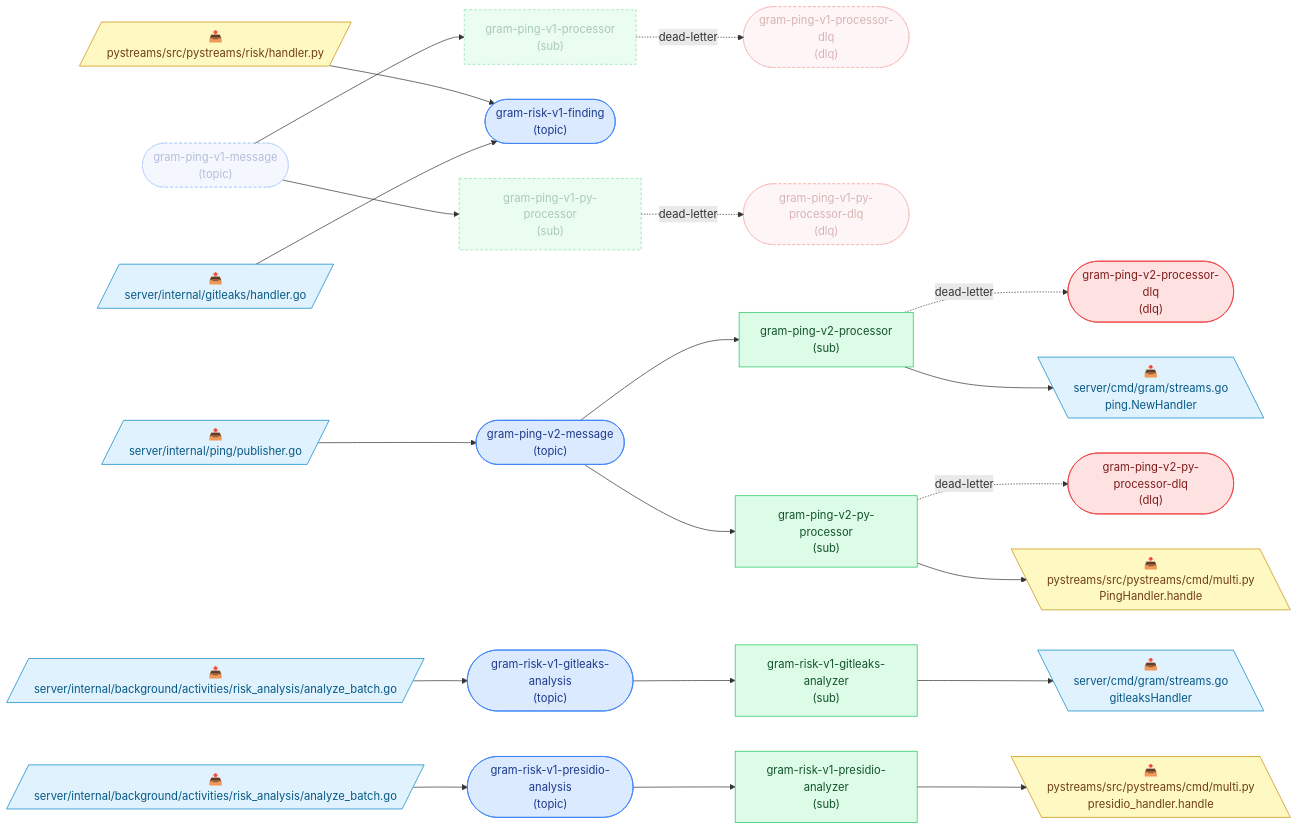
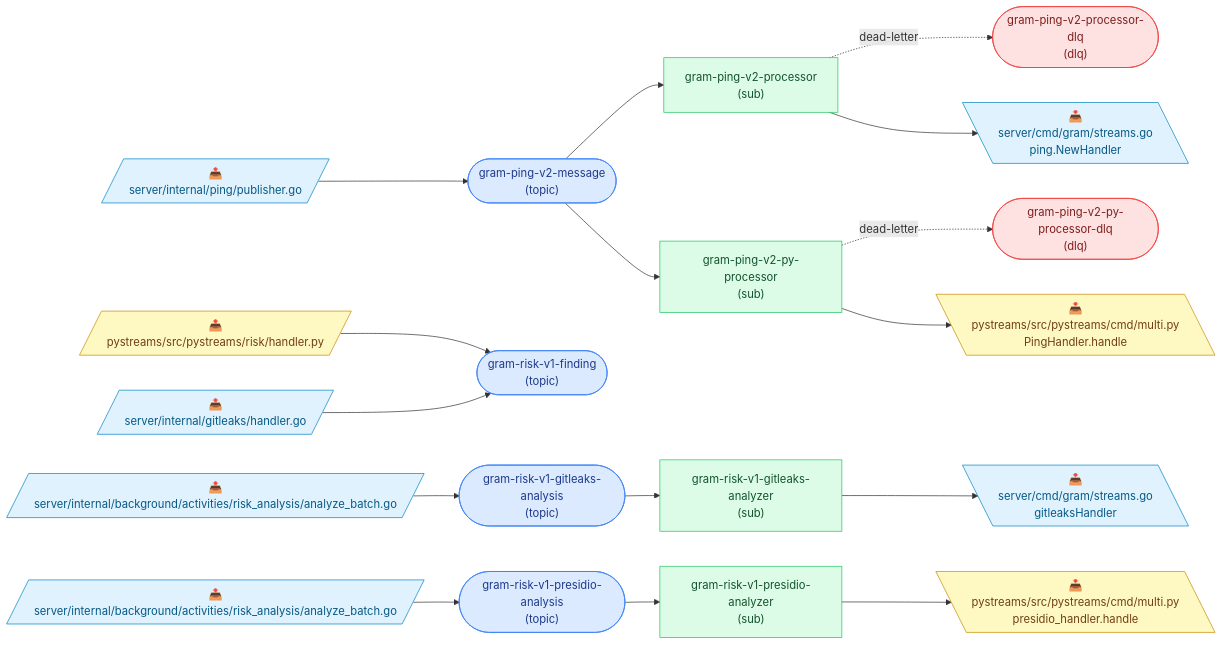
One commit to speakeasy-api/gram changed the diagram in docs/pubsub-topology.md. Above: the diagram before and after it, drawn with Mermaid. The commit also changed other lines of this file and 10 other files, not shown here.

First line of the commit message:
chore(infra): remove deprecated ping v1 pubsub topology

````diff
--- a/docs/pubsub-topology.md
+++ b/docs/pubsub-topology.md
@@ -9,56 +9,45 @@
 ```mermaid
 flowchart LR
   classDef topic fill:#dbeafe,stroke:#3b82f6,color:#1e3a8a;
   classDef dlq fill:#fee2e2,stroke:#ef4444,color:#7f1d1d;
   classDef sub fill:#dcfce7,stroke:#22c55e,color:#14532d;
   classDef go fill:#e0f2fe,stroke:#0284c7,color:#075985;
   classDef python fill:#fef9c3,stroke:#ca8a04,color:#713f12;
   classDef deprecated stroke-dasharray:4 3,opacity:0.55;
 
-  t_gram_ping_v1_message(["gram-ping-v1-message<br/>(topic)"]):::topic
-  t_gram_ping_v1_processor_dlq(["gram-ping-v1-processor-dlq<br/>(dlq)"]):::dlq
-  t_gram_ping_v1_py_processor_dlq(["gram-ping-v1-py-processor-dlq<br/>(dlq)"]):::dlq
   t_gram_ping_v2_message(["gram-ping-v2-message<br/>(topic)"]):::topic
   t_gram_ping_v2_processor_dlq(["gram-ping-v2-processor-dlq<br/>(dlq)"]):::dlq
   t_gram_ping_v2_py_processor_dlq(["gram-ping-v2-py-processor-dlq<br/>(dlq)"]):::dlq
   t_gram_risk_v1_finding(["gram-risk-v1-finding<br/>(topic)"]):::topic
   t_gram_risk_v1_gitleaks_analysis(["gram-risk-v1-gitleaks-analysis<br/>(topic)"]):::topic
   t_gram_risk_v1_presidio_analysis(["gram-risk-v1-presidio-analysis<br/>(topic)"]):::topic
-  s_gram_ping_v1_processor["gram-ping-v1-processor<br/>(sub)"]:::sub
-  s_gram_ping_v1_py_processor["gram-ping-v1-py-processor<br/>(sub)"]:::sub
   s_gram_ping_v2_processor["gram-ping-v2-processor<br/>(sub)"]:::sub
   s_gram_ping_v2_py_processor["gram-ping-v2-py-processor<br/>(sub)"]:::sub
   s_gram_risk_v1_gitleaks_analyzer["gram-risk-v1-gitleaks-analyzer<br/>(sub)"]:::sub
   s_gram_risk_v1_presidio_analyzer["gram-risk-v1-presidio-analyzer<br/>(sub)"]:::sub
 
   p0[/"📤<br/>server/internal/ping/publisher.go"/]:::go
   p0 --> t_gram_ping_v2_message
   p1[/"📤<br/>pystreams/src/pystreams/risk/handler.py"/]:::python
   p1 --> t_gram_risk_v1_finding
   p2[/"📤<br/>server/internal/gitleaks/handler.go"/]:::go
   p2 --> t_gram_risk_v1_finding
   p3[/"📤<br/>server/internal/background/activities/risk_analysis/analyze_batch.go"/]:::go
   p3 --> t_gram_risk_v1_gitleaks_analysis
   p4[/"📤<br/>server/internal/background/activities/risk_analysis/analyze_batch.go"/]:::go
   p4 --> t_gram_risk_v1_presidio_analysis
-  t_gram_ping_v1_message --> s_gram_ping_v1_processor
-  s_gram_ping_v1_processor -. dead-letter .-> t_gram_ping_v1_processor_dlq
-  t_gram_ping_v1_message --> s_gram_ping_v1_py_processor
-  s_gram_ping_v1_py_processor -. dead-letter .-> t_gram_ping_v1_py_processor_dlq
   t_gram_ping_v2_message --> s_gram_ping_v2_processor
   s_gram_ping_v2_processor -. dead-letter .-> t_gram_ping_v2_processor_dlq
   t_gram_ping_v2_message --> s_gram_ping_v2_py_processor
   s_gram_ping_v2_py_processor -. dead-letter .-> t_gram_ping_v2_py_processor_dlq
   t_gram_risk_v1_gitleaks_analysis --> s_gram_risk_v1_gitleaks_analyzer
   t_gram_risk_v1_presidio_analysis --> s_gram_risk_v1_presidio_analyzer
   c5[\"📥<br/>server/cmd/gram/streams.go<br/>ping.NewHandler"\]:::go
   s_gram_ping_v2_processor --> c5
   c6[\"📥<br/>pystreams/src/pystreams/cmd/multi.py<br/>PingHandler.handle"\]:::python
   s_gram_ping_v2_py_processor --> c6
   c7[\"📥<br/>server/cmd/gram/streams.go<br/>gitleaksHandler"\]:::go
   s_gram_risk_v1_gitleaks_analyzer --> c7
   c8[\"📥<br/>pystreams/src/pystreams/cmd/multi.py<br/>presidio_handler.handle"\]:::python
   s_gram_risk_v1_presidio_analyzer --> c8
-
-  class t_gram_ping_v1_message,t_gram_ping_v1_processor_dlq,t_gram_ping_v1_py_processor_dlq,s_gram_ping_v1_processor,s_gram_ping_v1_py_processor deprecated;
 ```
````
